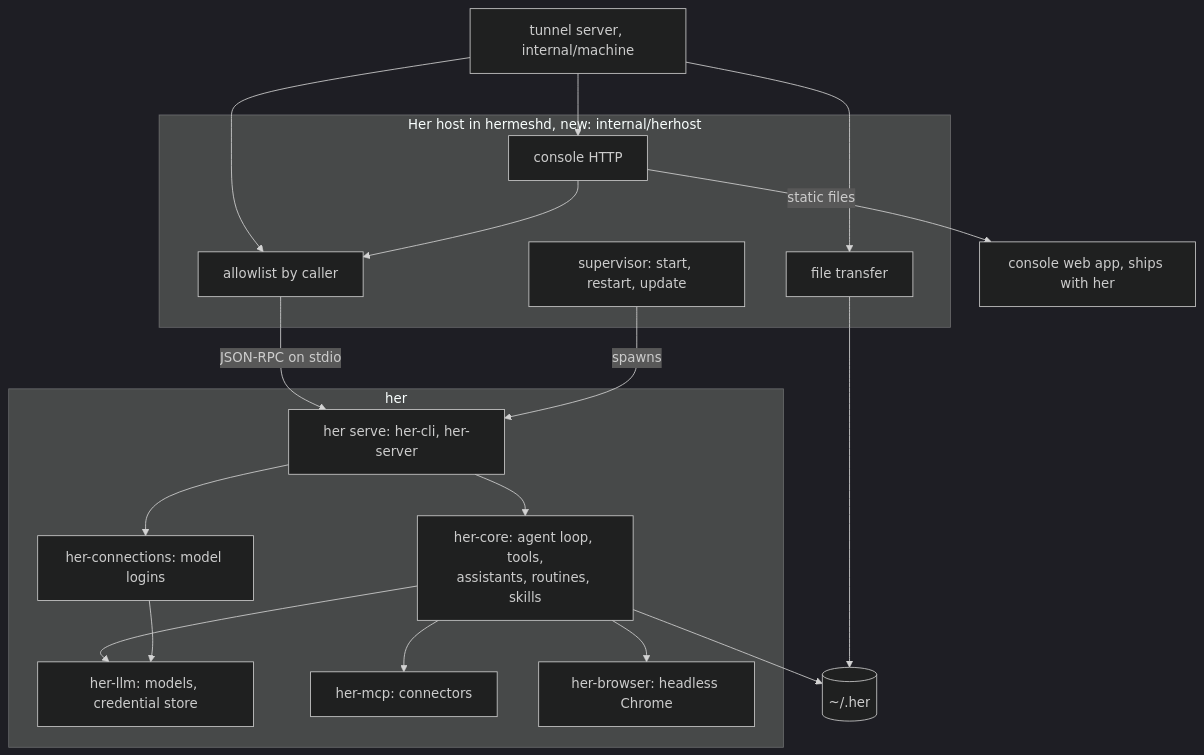
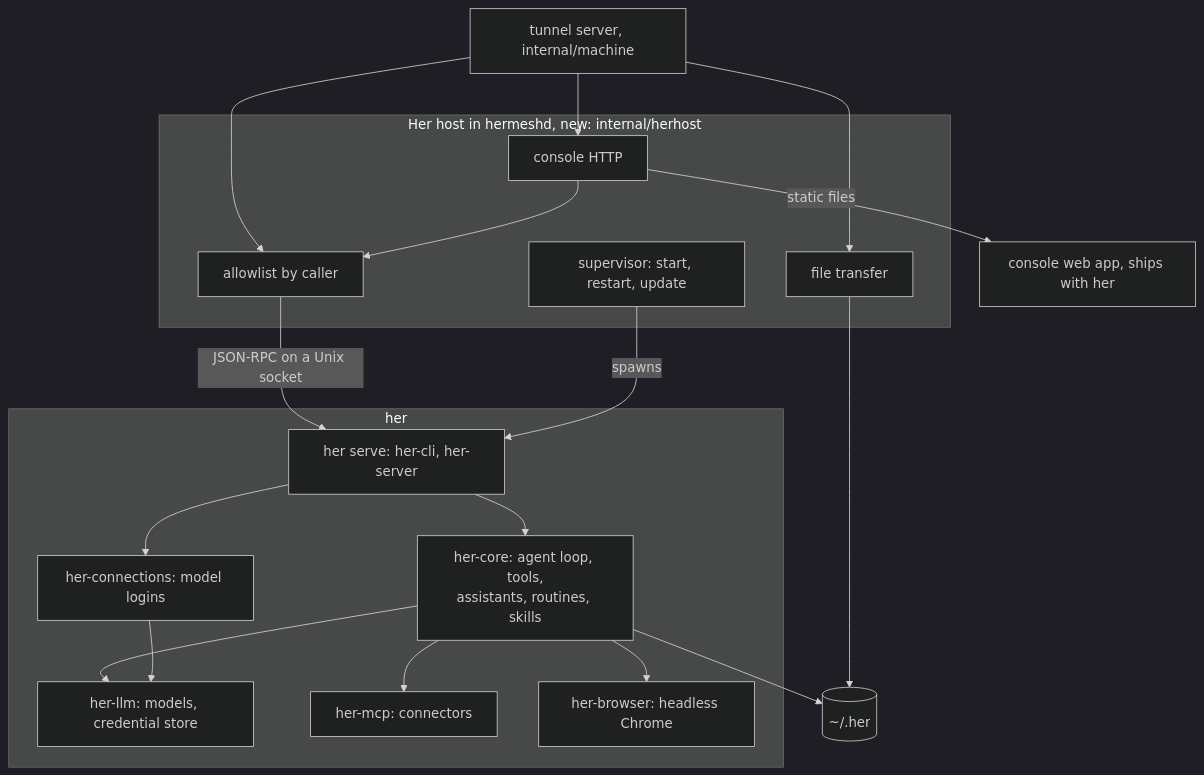
The third of 9 diagrams in docs/her-server.md (hermeshai/hermesh), drawn with Mermaid (dark theme) before and after one commit. The commit also changed other lines of this file and 22 other files, not shown here.

````diff
--- a/docs/her-server.md
+++ b/docs/her-server.md
@@ -172,35 +173,35 @@
 ```mermaid
 flowchart TB
     Tunnel["tunnel server, internal/machine"]
     subgraph Host["Her host in hermeshd, new: internal/herhost"]
         ConsoleHTTP["console HTTP"]
         Gate["allowlist by caller"]
         Files["file transfer"]
         Super["supervisor: start, restart, update"]
     end
     subgraph Kernel["her"]
         Serve["her serve: her-cli, her-server"]
         Core["her-core: agent loop, tools,<br/>assistants, routines, skills"]
         Conn["her-connections: model logins"]
         Llm["her-llm: models, credential store"]
         Mcp["her-mcp: connectors"]
         Browser["her-browser: headless Chrome"]
     end
     ConsoleApp["console web app, ships with her"]
     Home[("~/.her")]
     Tunnel --> ConsoleHTTP
     Tunnel --> Gate
     Tunnel --> Files
     ConsoleHTTP -->|"static files"| ConsoleApp
     ConsoleHTTP --> Gate
-    Gate -->|"JSON-RPC on stdio"| Serve
+    Gate -->|"JSON-RPC on a Unix socket"| Serve
     Super -->|"spawns"| Serve
     Serve --> Core
     Serve --> Conn
     Core --> Llm
     Core --> Mcp
     Core --> Browser
     Conn --> Llm
     Core --> Home
     Files --> Home
 ```
````
